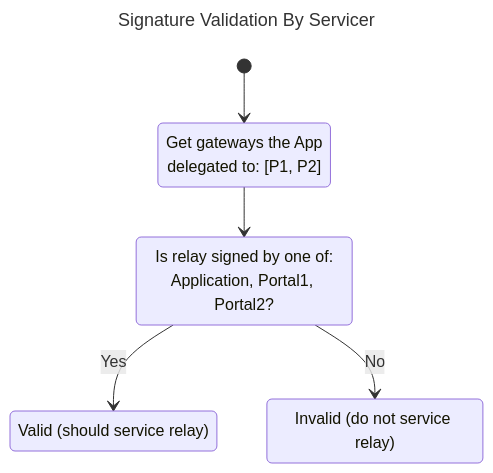
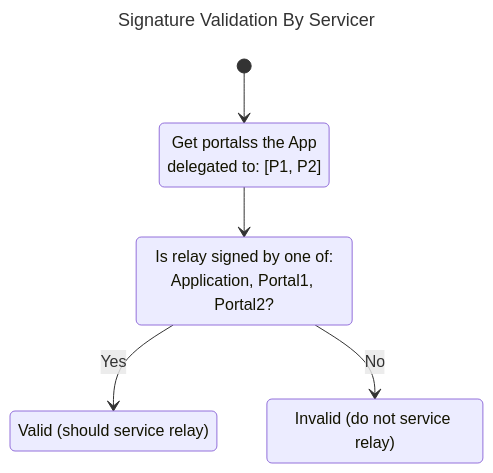
One commit to pokt-network/pocket-network-protocol changed diagram 15 of 16 in utility/README.md. Above: the diagram before and after it, drawn with Mermaid. The commit also changed 1 other file, not shown here.

Commit message:
s/gateway/portal

````diff
--- a/utility/README.md
+++ b/utility/README.md
@@ -893,17 +893,17 @@
 ```mermaid
 ---
 title: Signature Validation By Servicer
 ---
 stateDiagram-v2
-    state "Get gateways the App<br>delegated to: [P1, P2]" as getPortals
+    state "Get portalss the App<br>delegated to: [P1, P2]" as getPortals
     state "Is relay signed by one of:<br>Application, Portal1, Portal2?" as sigCheck
 
     state "Valid (should service relay)" as Valid
     state "Invalid (do not service relay)" as Invalid
 
     [*] --> getPortals
     getPortals --> sigCheck
 
     sigCheck --> Valid: Yes
     sigCheck --> Invalid: No
 ```
````
